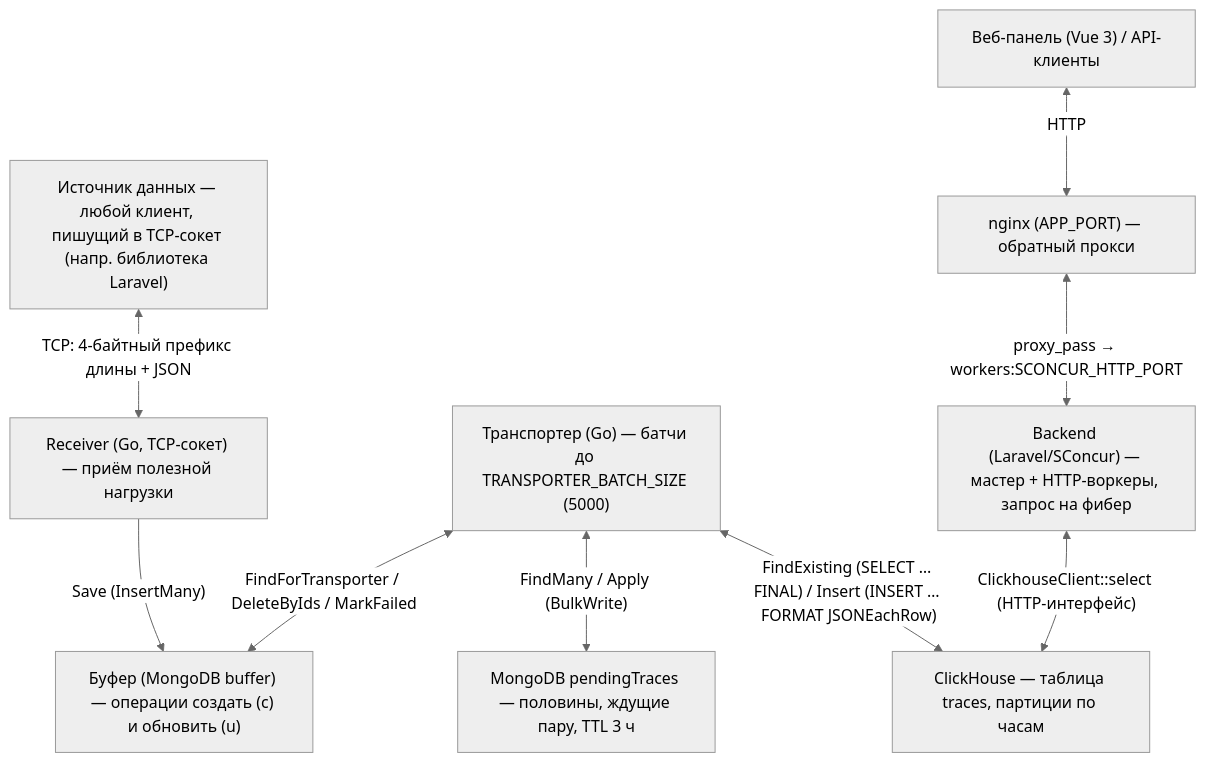
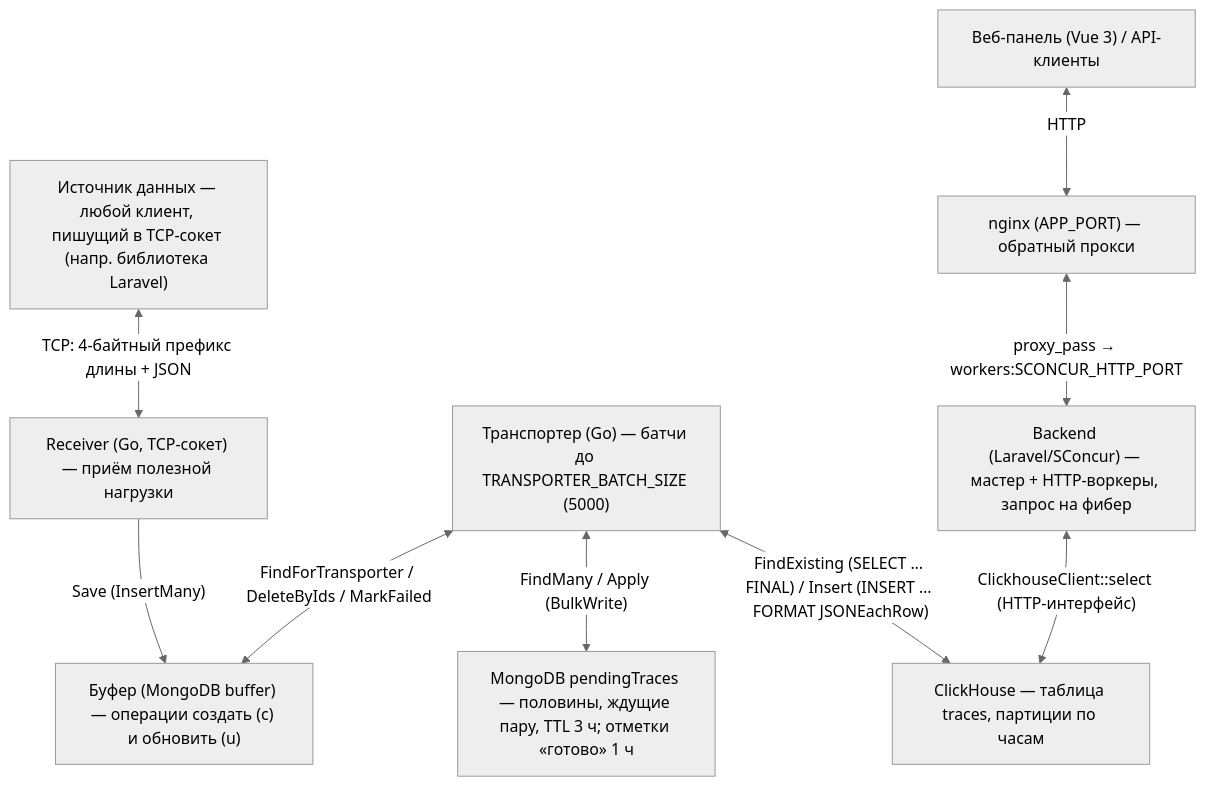
One commit to sprust/slogger changed the diagram in README.ru.md. Above: the diagram before and after it, drawn with Mermaid (neutral theme). The commit also changed other lines of this file and 3 other files, not shown here.

First line of the commit message:
keep done marks of pending traces as the id alone under their own 1 hour TTL

````diff
--- a/README.ru.md
+++ b/README.ru.md
@@ -33,20 +33,20 @@
 ```mermaid
 flowchart TB
     src["Источник данных — любой клиент, пишущий в TCP-сокет (напр. библиотека Laravel)"]
     receiver["Receiver (Go, TCP-сокет) — приём полезной нагрузки"]
     transporter["Транспортер (Go) — батчи до TRANSPORTER_BATCH_SIZE (5000)"]
     buffer["Буфер (MongoDB buffer) — операции создать (c) и обновить (u)"]
-    pending["MongoDB pendingTraces — половины, ждущие пару, TTL 3 ч"]
+    pending["MongoDB pendingTraces — половины, ждущие пару, TTL 3 ч; отметки «готово» 1 ч"]
     ui["Веб-панель (Vue 3) / API-клиенты"]
     nginx["nginx (APP_PORT) — обратный прокси"]
     backend["Backend (Laravel/SConcur) — мастер + HTTP-воркеры, запрос на фибер"]
     traces["ClickHouse — таблица traces, партиции по часам"]
     src <-->|"TCP: 4-байтный префикс длины + JSON"| receiver
     receiver -->|"Save (InsertMany)"| buffer
     transporter <-->|"FindForTransporter / DeleteByIds / MarkFailed"| buffer
     transporter <-->|"FindMany / Apply (BulkWrite)"| pending
     transporter <-->|"FindExisting (SELECT … FINAL) / Insert (INSERT … FORMAT JSONEachRow)"| traces
     ui <-->|"HTTP"| nginx
     nginx <-->|"proxy_pass → workers:SCONCUR_HTTP_PORT"| backend
     backend <-->|"ClickhouseClient::select (HTTP-интерфейс)"| traces
 ```
````
